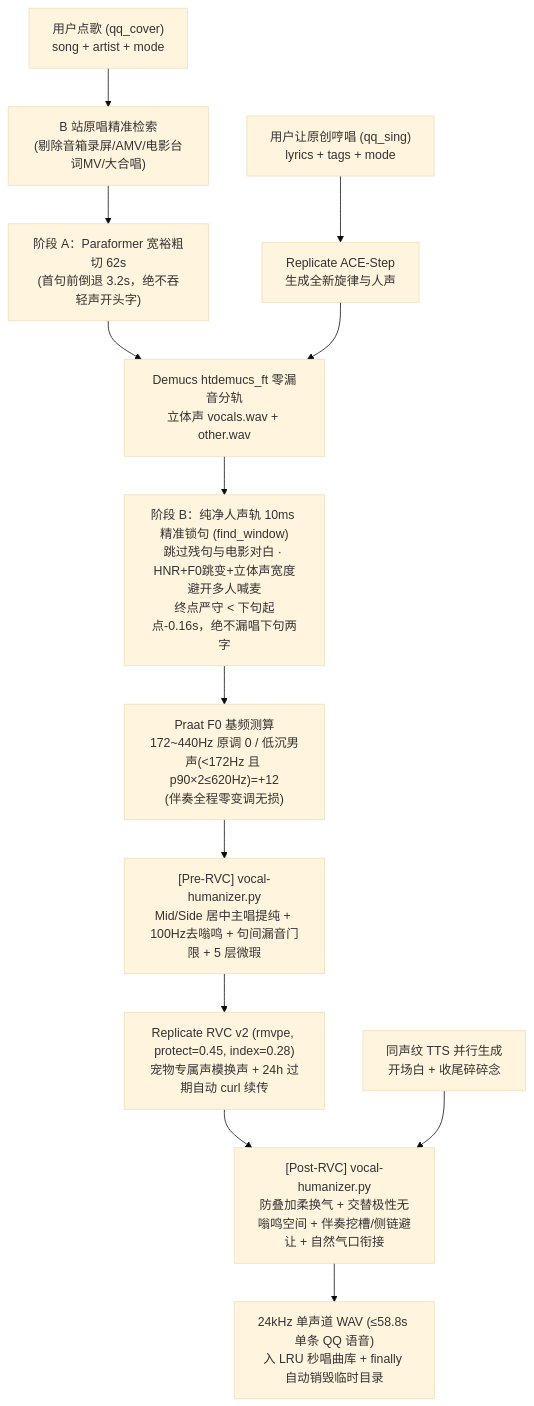
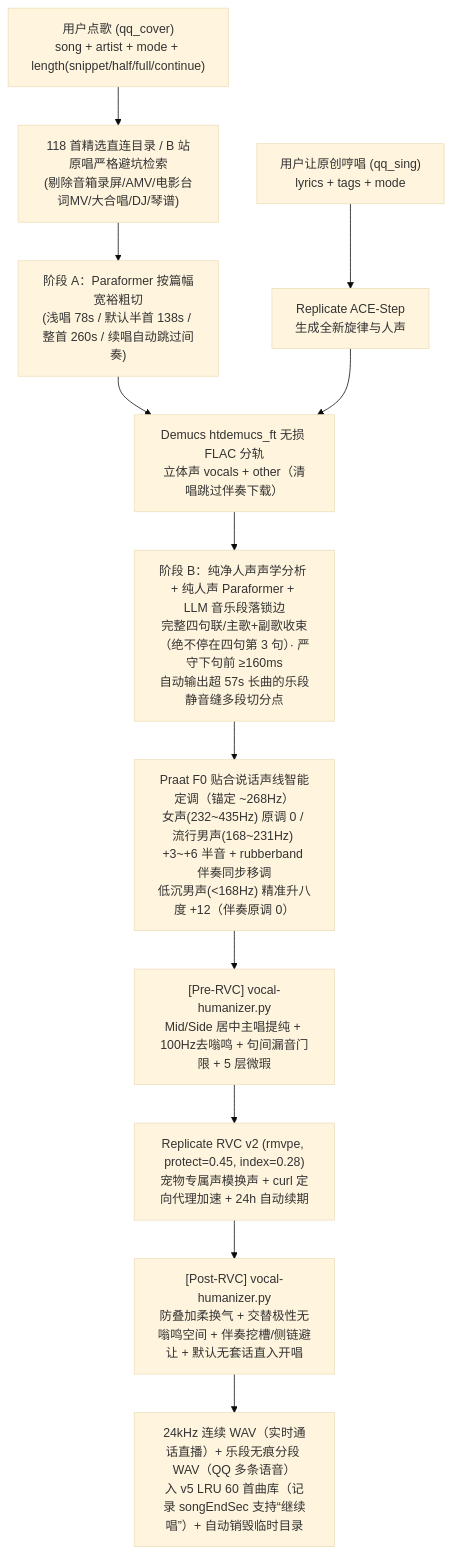
Before and after one commit to mactawishHui/dsh-chat-pet: the diagram in singing-module.md, drawn with Mermaid (base theme). The commit also changed other lines of this file and 5 other files, not shown here.

Commit message:
feat(singing-v5): zero canned framing by default, snippet/half/full/continue length modes with stanza-locked multi-part QQ splitting, pure-vocal LLM stanza picker, and rubberband male-song female key-up

````diff
--- a/singing-module.md
+++ b/singing-module.md
@@ -20,15 +20,14 @@
 ```mermaid
 flowchart TD
-  A["用户点歌 (qq_cover)<br/>song + artist + mode"] --> B["B 站原唱精准检索<br/>(剔除音箱录屏/AMV/电影台词MV/大合唱)"]
-  B --> C["阶段 A：Paraformer 宽裕粗切 62s<br/>(首句前倒退 3.2s，绝不吞轻声开头字)"]
+  A["用户点歌 (qq_cover)<br/>song + artist + mode + length(snippet/half/full/continue)"] --> B["118 首精选直连目录 / B 站原唱严格避坑检索<br/>(剔除音箱录屏/AMV/电影台词MV/大合唱/DJ/琴谱)"]
+  B --> C["阶段 A：Paraformer 按篇幅宽裕粗切<br/>(浅唱 78s / 默认半首 138s / 整首 260s / 续唱自动跳过间奏)"]
   A2["用户让原创哼唱 (qq_sing)<br/>lyrics + tags + mode"] --> C2["Replicate ACE-Step<br/>生成全新旋律与人声"]
-  C --> D["Demucs htdemucs_ft 零漏音分轨<br/>立体声 vocals.wav + other.wav"]
+  C --> D["Demucs htdemucs_ft 无损 FLAC 分轨<br/>立体声 vocals + other（清唱跳过伴奏下载）"]
   C2 --> D
-  D --> D2["阶段 B：纯净人声轨 10ms 精准锁句 (find_window)<br/>跳过残句与电影对白 · HNR+F0跳变+立体声宽度避开多人喊麦<br/>终点严守 < 下句起点-0.16s，绝不漏唱下句两字"]
-  D2 --> E["Praat F0 基频测算<br/>172~440Hz 原调 0 / 低沉男声(<172Hz 且 p90×2≤620Hz)=+12<br/>(伴奏全程零变调无损)"]
+  D --> D2["阶段 B：纯净人声声学分析 + 纯人声 Paraformer + LLM 音乐段落锁边<br/>完整四句联/主歌+副歌收束（绝不停在四句第 3 句）· 严守下句前 ≥160ms<br/>自动输出超 57s 长曲的乐段静音缝多段切分点"]
+  D2 --> E["Praat F0 贴合说话声线智能定调（锚定 ~268Hz）<br/>女声(232~435Hz) 原调 0 / 流行男声(168~231Hz) +3~+6 半音 + rubberband 伴奏同步移调<br/>低沉男声(<168Hz) 精准升八度 +12（伴奏原调 0）"]
   E --> F["[Pre-RVC] vocal-humanizer.py<br/>Mid/Side 居中主唱提纯 + 100Hz去嗡鸣 + 句间漏音门限 + 5 层微瑕"]
-  F --> G["Replicate RVC v2 (rmvpe, protect=0.45, index=0.28)<br/>宠物专属声模换声 + 24h 过期自动 curl 续传"]
-  G --> H["[Post-RVC] vocal-humanizer.py<br/>防叠加柔换气 + 交替极性无嗡鸣空间 + 伴奏挖槽/侧链避让 + 自然气口衔接"]
-  T["同声纹 TTS 并行生成<br/>开场白 + 收尾碎碎念"] --> H
-  H --> I["24kHz 单声道 WAV (≤58.8s 单条 QQ 语音)<br/>入 LRU 秒唱曲库 + finally 自动销毁临时目录"]
+  F --> G["Replicate RVC v2 (rmvpe, protect=0.45, index=0.28)<br/>宠物专属声模换声 + curl 定向代理加速 + 24h 自动续期"]
+  G --> H["[Post-RVC] vocal-humanizer.py<br/>防叠加柔换气 + 交替极性无嗡鸣空间 + 伴奏挖槽/侧链避让 + 默认无套话直入开唱"]
+  H --> I["24kHz 连续 WAV（实时通话直播）+ 乐段无痕分段 WAV（QQ 多条语音）<br/>入 v5 LRU 60 首曲库（记录 songEndSec 支持“继续唱”）+ 自动销毁临时目录"]
 ```
````
